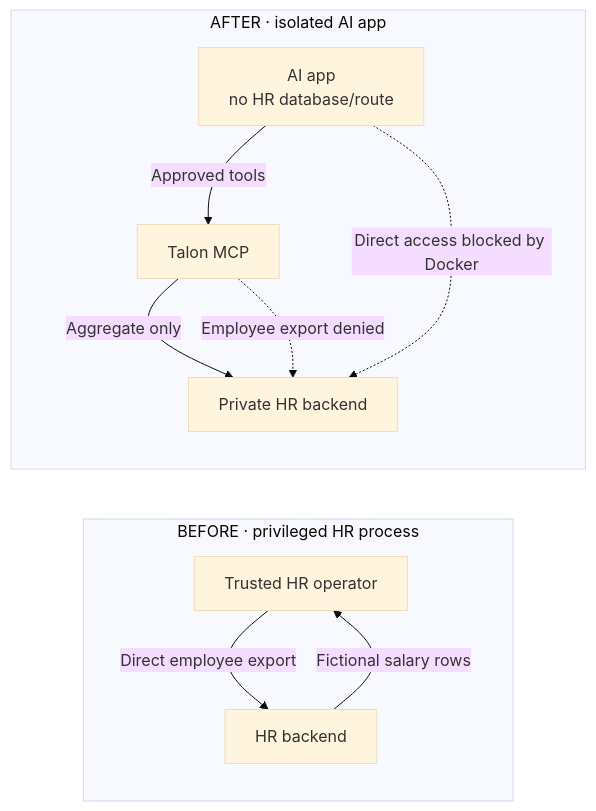
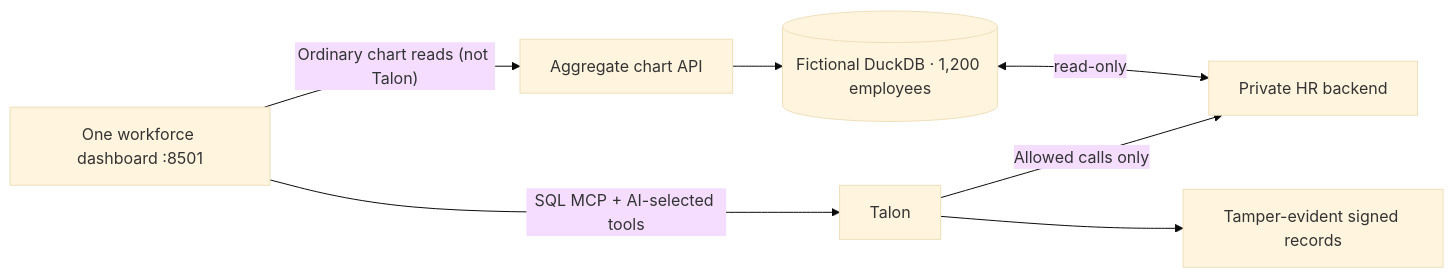
The diagram in cases/people-analytics-copilot/PEOPLE_ANALYTICS_DEMO_PLAN.md (dativo-io/talon-full-demo), drawn with Mermaid (base theme) before and after one commit. The commit also changed other lines of this file and 6 other files, not shown here.

````diff
--- a/cases/people-analytics-copilot/PEOPLE_ANALYTICS_DEMO_PLAN.md
+++ b/cases/people-analytics-copilot/PEOPLE_ANALYTICS_DEMO_PLAN.md
@@ -11,13 +5,9 @@
 ```mermaid
 flowchart LR
-    subgraph BEFORE["BEFORE · privileged HR process"]
-        P["Trusted HR operator"] -->|"Direct employee export"| H1["HR backend"]
-        H1 -->|"Fictional salary rows"| P
-    end
-    subgraph AFTER["AFTER · isolated AI app"]
-        A["AI app<br/>no HR database/route"] -->|"Approved tools"| T["Talon MCP"]
-        T -->|"Aggregate only"| H2["Private HR backend"]
-        A -. "Direct access blocked by Docker" .-> H2
-        T -. "Employee export denied" .-> H2
-    end
+    D[("Fictional DuckDB · 1,200 employees")] <-->|"read-only"| H["Private HR backend"]
+    W["One workforce dashboard :8501"] -->|"SQL MCP + AI-selected tools"| T["Talon"]
+    T -->|"Allowed calls only"| H
+    W -->|"Ordinary chart reads (not Talon)"| A["Aggregate chart API"]
+    A --> D
+    T --> E["Tamper-evident signed records"]
 ```
````
